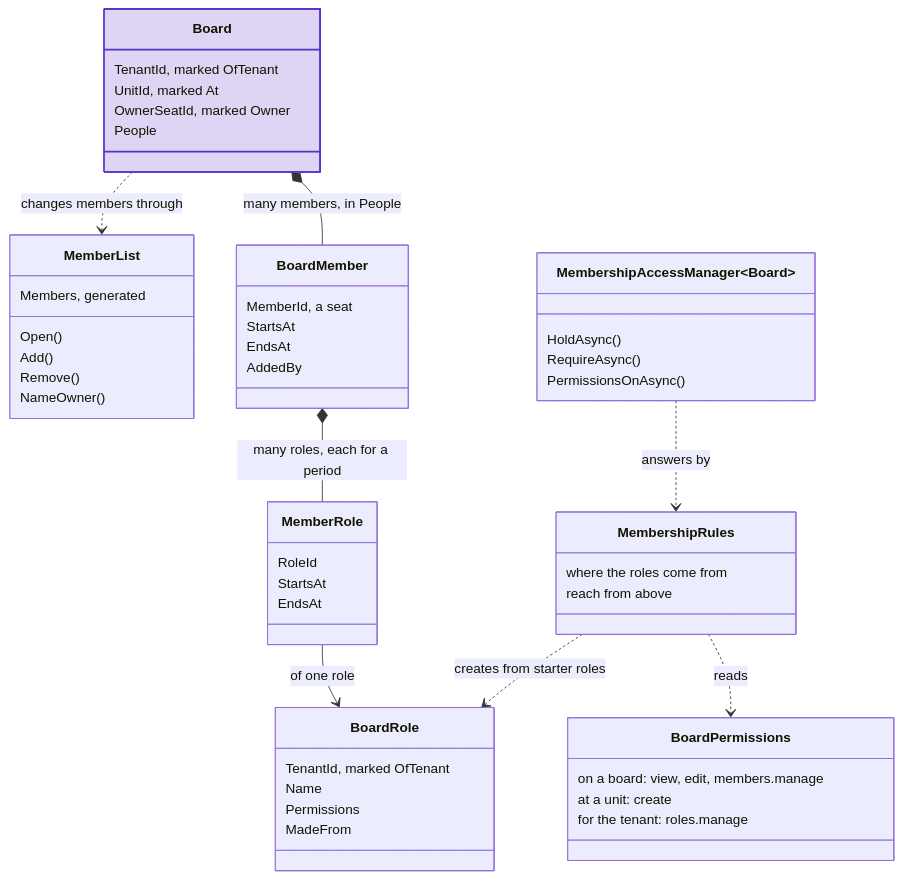
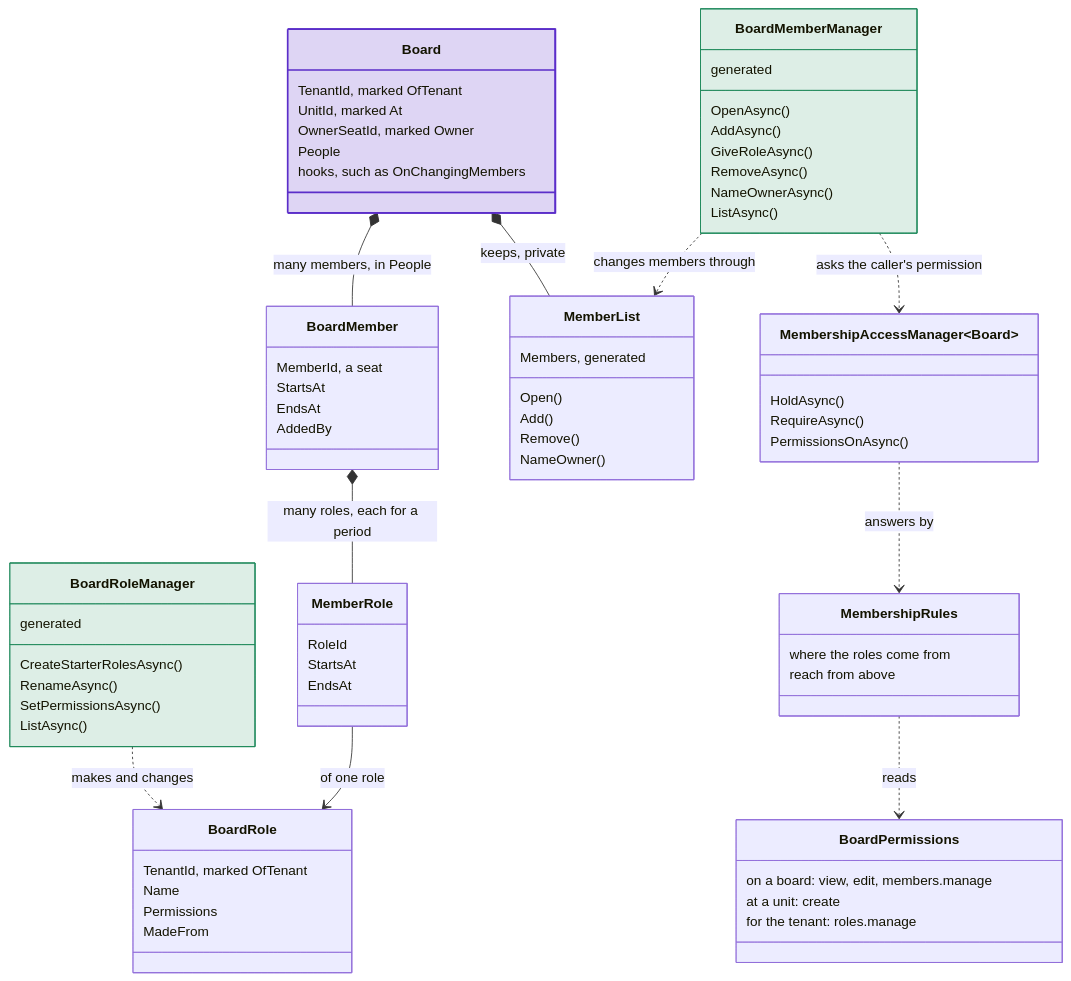
One commit to DylanSnel/DDDToolkit changed the first of 2 diagrams in docs/membership/overview.md. Above: the diagram before and after it, drawn with Mermaid. The commit also changed other lines of this file and 31 other files, not shown here.

First line of the commit message:
Docs: Membership's managers, hooks and managedWith

````diff
--- a/docs/membership/overview.md
+++ b/docs/membership/overview.md
@@ -69,57 +76,79 @@
 ```mermaid
 classDiagram
     direction TB
     class Board {
         TenantId, marked OfTenant
         UnitId, marked At
         OwnerSeatId, marked Owner
         People
+        hooks, such as OnChangingMembers
     }
     class MemberList {
         Members, generated
         Open()
         Add()
         Remove()
         NameOwner()
+    }
+    class BoardMemberManager {
+        generated
+        OpenAsync()
+        AddAsync()
+        GiveRoleAsync()
+        RemoveAsync()
+        NameOwnerAsync()
+        ListAsync()
+    }
+    class BoardRoleManager {
+        generated
+        CreateStarterRolesAsync()
+        RenameAsync()
+        SetPermissionsAsync()
+        ListAsync()
     }
     class BoardMember {
         MemberId, a seat
         StartsAt
         EndsAt
         AddedBy
     }
     class MemberRole {
         RoleId
         StartsAt
         EndsAt
     }
     class BoardRole {
         TenantId, marked OfTenant
         Name
         Permissions
         MadeFrom
     }
     class BoardPermissions {
         on a board: view, edit, members.manage
         at a unit: create
         for the tenant: roles.manage
     }
     class MembershipRules {
         where the roles come from
         reach from above
     }
     class MembershipAccessManager~Board~ {
         HoldAsync()
         RequireAsync()
         PermissionsOnAsync()
     }
     Board *-- BoardMember : many members, in People
-    Board ..> MemberList : changes members through
+    Board *-- MemberList : keeps, private
     BoardMember *-- MemberRole : many roles, each for a period
     MemberRole --> BoardRole : of one role
+    BoardMemberManager ..> MemberList : changes members through
+    BoardMemberManager ..> MembershipAccessManager : asks the caller's permission
+    BoardRoleManager ..> BoardRole : makes and changes
     MembershipRules ..> BoardPermissions : reads
-    MembershipRules ..> BoardRole : creates from starter roles
     MembershipAccessManager ..> MembershipRules : answers by
     class Board:::strong
+    class BoardMemberManager:::good
+    class BoardRoleManager:::good
     classDef strong fill:#5b2ec933,stroke:#5b2ec9,stroke-width:2px
+    classDef good fill:#1f8a5b26,stroke:#1f8a5b
 ```
````
